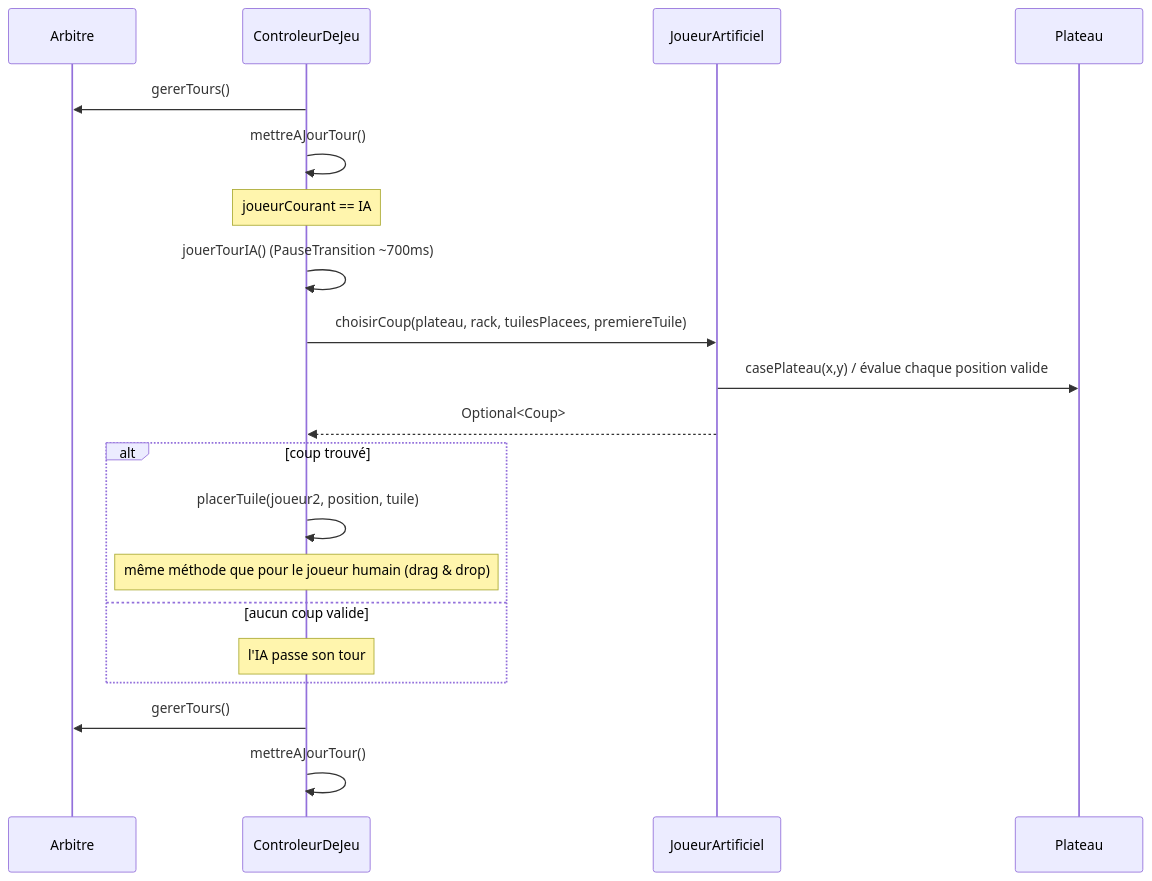
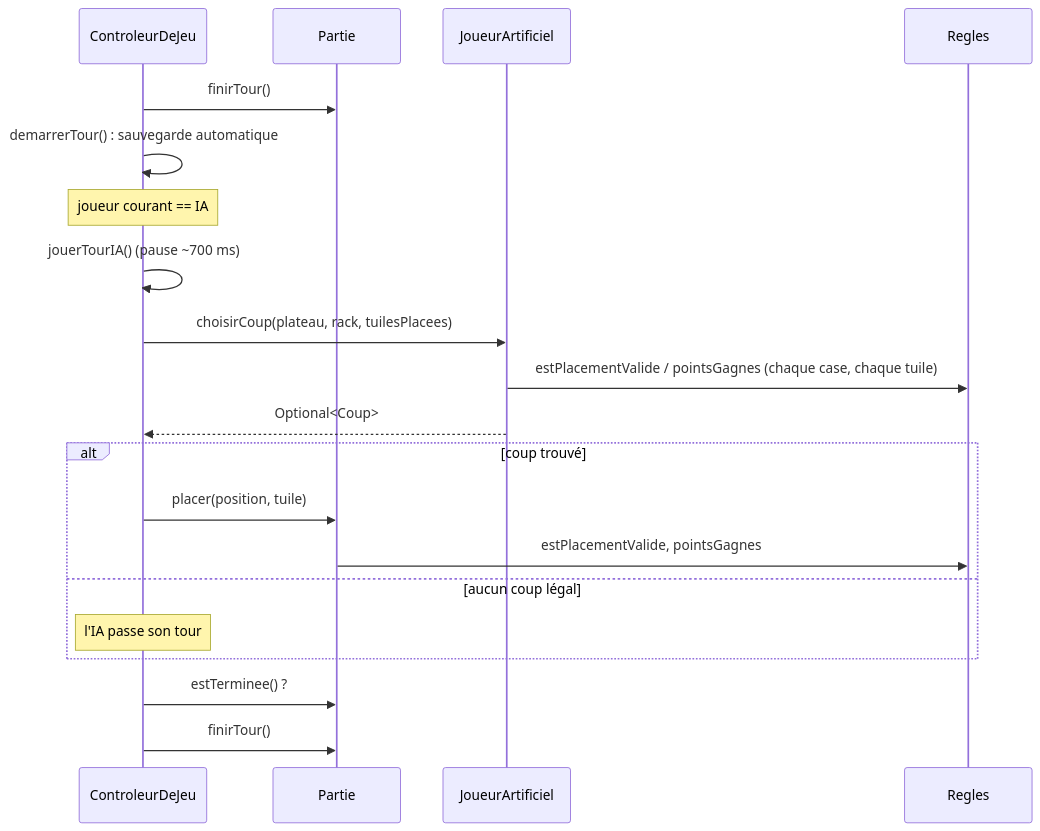
Before and after one commit to sdelmart/latice: the third of 3 diagrams in docs/ARCHITECTURE.md, drawn with Mermaid. The commit also changed other lines of this file and 10 other files, not shown here.

````diff
--- a/docs/ARCHITECTURE.md
+++ b/docs/ARCHITECTURE.md
@@ -124,23 +155,23 @@
 ```mermaid
 sequenceDiagram
-    participant Arbitre
-    participant ControleurDeJeu
-    participant JoueurArtificiel
-    participant Plateau
+    participant UI as ControleurDeJeu
+    participant Partie
+    participant IA as JoueurArtificiel
+    participant Regles
 
-    ControleurDeJeu->>Arbitre: gererTours()
-    ControleurDeJeu->>ControleurDeJeu: mettreAJourTour()
-    Note over ControleurDeJeu: joueurCourant == IA
-    ControleurDeJeu->>ControleurDeJeu: jouerTourIA() (PauseTransition ~700ms)
-    ControleurDeJeu->>JoueurArtificiel: choisirCoup(plateau, rack, tuilesPlacees, premiereTuile)
-    JoueurArtificiel->>Plateau: casePlateau(x,y) / évalue chaque position valide
-    JoueurArtificiel-->>ControleurDeJeu: Optional<Coup>
+    UI->>Partie: finirTour()
+    UI->>UI: demarrerTour() : sauvegarde automatique
+    Note over UI: joueur courant == IA
+    UI->>UI: jouerTourIA() (pause ~700 ms)
+    UI->>IA: choisirCoup(plateau, rack, tuilesPlacees)
+    IA->>Regles: estPlacementValide / pointsGagnes (chaque case, chaque tuile)
+    IA-->>UI: Optional<Coup>
     alt coup trouvé
-        ControleurDeJeu->>ControleurDeJeu: placerTuile(joueur2, position, tuile)
-        Note over ControleurDeJeu: même méthode que pour le joueur humain (drag & drop)
-    else aucun coup valide
-        Note over ControleurDeJeu: l'IA passe son tour
+        UI->>Partie: placer(position, tuile)
+        Partie->>Regles: estPlacementValide, pointsGagnes
+    else aucun coup légal
+        Note over UI: l'IA passe son tour
     end
-    ControleurDeJeu->>Arbitre: gererTours()
-    ControleurDeJeu->>ControleurDeJeu: mettreAJourTour()
+    UI->>Partie: estTerminee() ?
+    UI->>Partie: finirTour()
 ```
````
